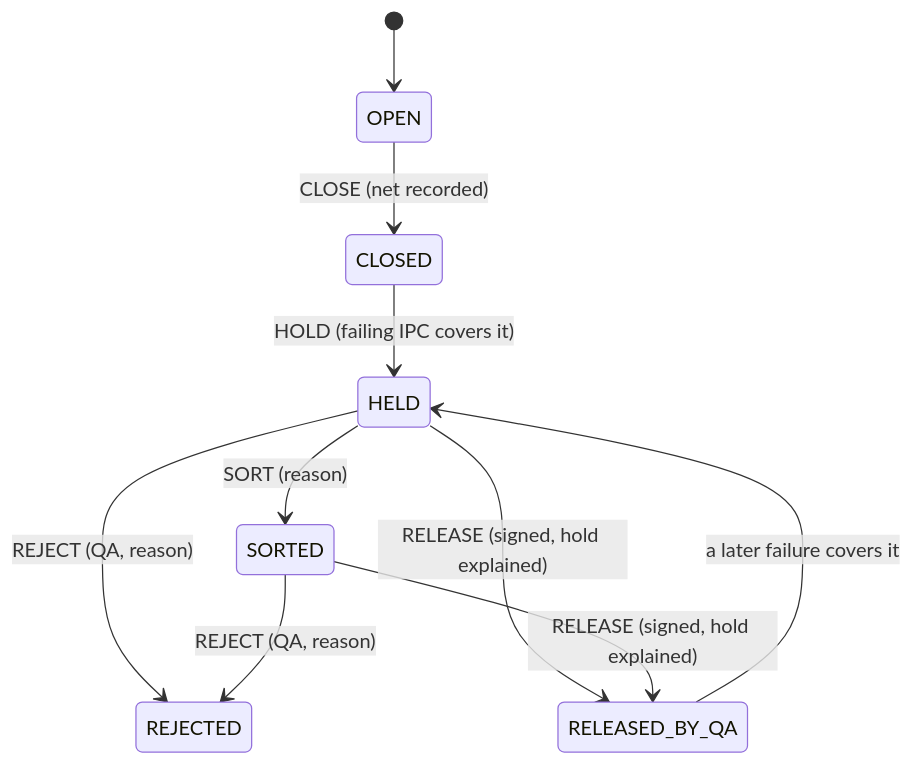
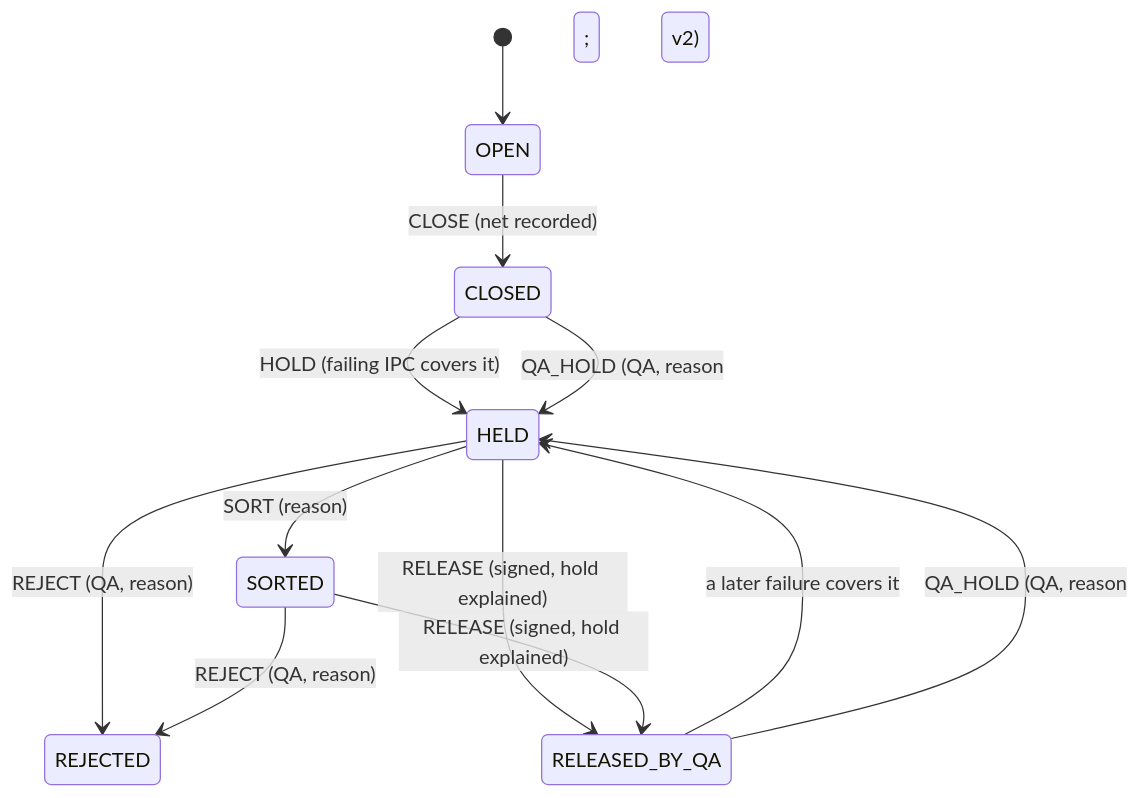
Before and after one commit to maglesT/ebmr: the eighth of 13 diagrams in docs/handbook/modules/recipe-core.md, drawn with Mermaid. The commit also changed other lines of this file and 25 other files, not shown here.

````diff
--- a/docs/handbook/modules/recipe-core.md
+++ b/docs/handbook/modules/recipe-core.md
@@ -910,12 +910,14 @@
 ```mermaid
 stateDiagram-v2
   [*] --> OPEN
   OPEN --> CLOSED: CLOSE (net recorded)
   CLOSED --> HELD: HOLD (failing IPC covers it)
   HELD --> SORTED: SORT (reason)
   HELD --> REJECTED: REJECT (QA, reason)
   SORTED --> REJECTED: REJECT (QA, reason)
   HELD --> RELEASED_BY_QA: RELEASE (signed, hold explained)
   SORTED --> RELEASED_BY_QA: RELEASE (signed, hold explained)
   RELEASED_BY_QA --> HELD: a later failure covers it
+  CLOSED --> HELD: QA_HOLD (QA, reason; v2)
+  RELEASED_BY_QA --> HELD: QA_HOLD (QA, reason; v2)
 ```
````
